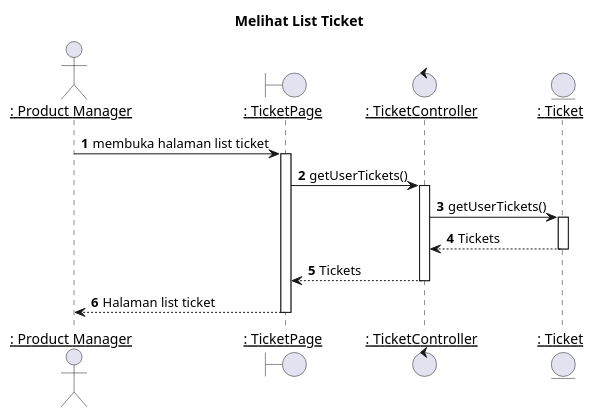
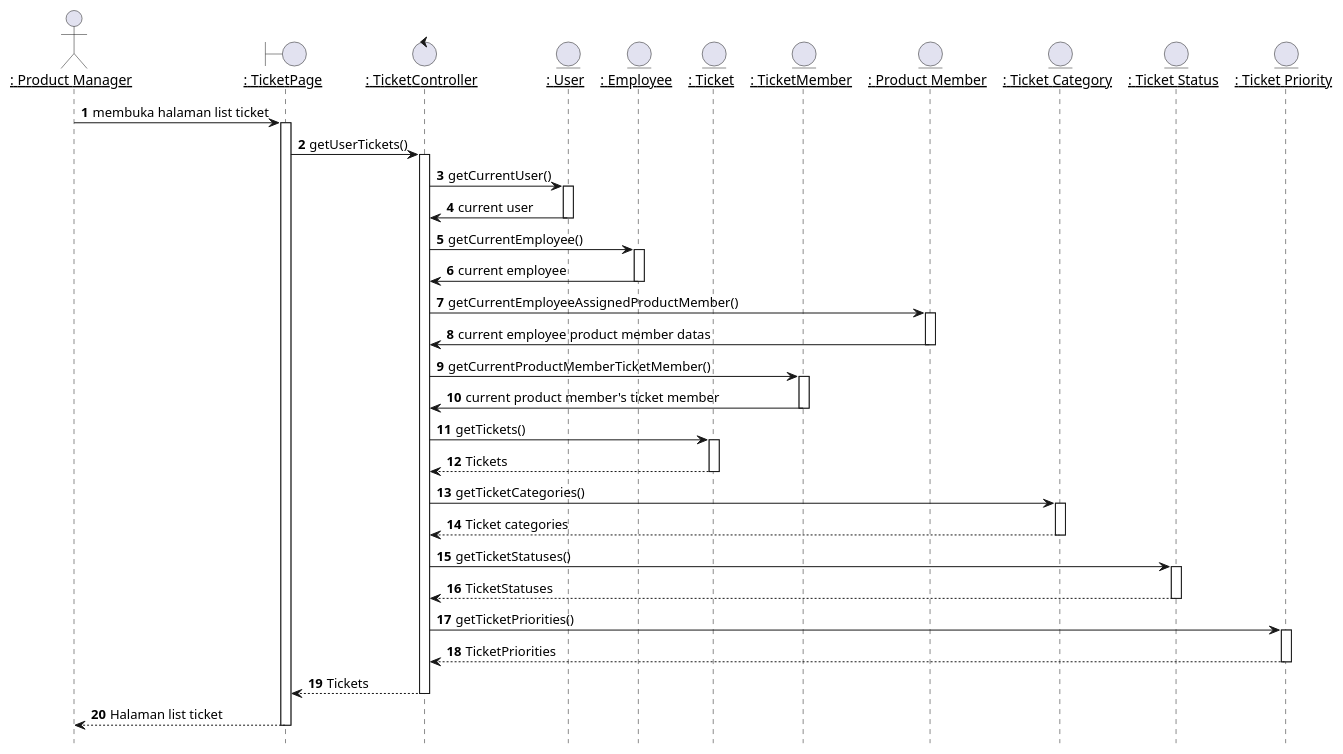
One commit to TAS-PKL/Laporan-PKL-Ticketing changed the diagram in plantuml/sequence/ipm/ipm1.puml. Above: the diagram before and after it, drawn with PlantUML. The commit also changed 47 other files, not shown here.

```diff
--- a/plantuml/sequence/ipm/ipm1.puml
+++ b/plantuml/sequence/ipm/ipm1.puml
@@ -1,30 +1,87 @@
 @startuml Melihat List Ticket
 
-title "Melihat List Ticket"
+hide footbox
+
+' title "Melihat List Ticket"
 
 actor IPM as "__: Product Manager__"
 boundary TicketPage as "__: TicketPage__"
 control TicketController as "__: TicketController__"
+entity User as "__: User__"
+entity Employee as "__: Employee__"
 entity Ticket as "__: Ticket__"
+entity TicketMember as "__: TicketMember__"
+entity ProductMember as "__: Product Member__"
+' entity ProductMemberRoles as "__: Product Member Roles__"
+entity TicketCategories as "__: Ticket Category__"
+entity TicketStatuses as "__: Ticket Status__"
+entity TicketPriorities as "__: Ticket Priority__"
+' entityProductas "__: Products__"
+' entity Companies as "__: Companies__"
 
 autonumber 1
 IPM -> TicketPage: membuka halaman list ticket
 activate TicketPage
 
 TicketPage -> TicketController: getUserTickets()
 activate TicketController
 
-TicketController -> Ticket: getUserTickets()
+TicketController -> User: getCurrentUser()
+activate User
+
+User -> TicketController: current user
+deactivate User
+
+TicketController -> Employee: getCurrentEmployee()
+activate Employee
+
+Employee -> TicketController: current employee
+deactivate Employee
+
+TicketController -> ProductMember: getCurrentEmployeeAssignedProductMember()
+activate ProductMember
+
+ProductMember -> TicketController: current employee product member datas
+deactivate ProductMember
+
+TicketController -> TicketMember: getCurrentProductMemberTicketMember()
+activate TicketMember
+
+TicketMember -> TicketController: current product member's ticket member
+deactivate TicketMember
+
+TicketController -> Ticket: getTickets()
 activate Ticket
 
 Ticket --> TicketController : Tickets
 deactivate Ticket
+
+TicketController -> TicketCategories: getTicketCategories()
+activate TicketCategories
+
+TicketCategories --> TicketController : Ticket categories
+deactivate TicketCategories
+
+TicketController -> TicketStatuses: getTicketStatuses()
+activate TicketStatuses
+
+TicketStatuses --> TicketController : TicketStatuses
+deactivate TicketStatuses
+
+TicketController -> TicketPriorities: getTicketPriorities()
+activate TicketPriorities
+
+TicketPriorities --> TicketController : TicketPriorities
+deactivate TicketPriorities
+
+' TicketController -> TicketController : resolveRelation()
 
 TicketController --> TicketPage : Tickets
 deactivate TicketController
 
 TicketPage --> IPM : Halaman list ticket
 deactivate TicketPage
 
 
+
 @enduml
```
